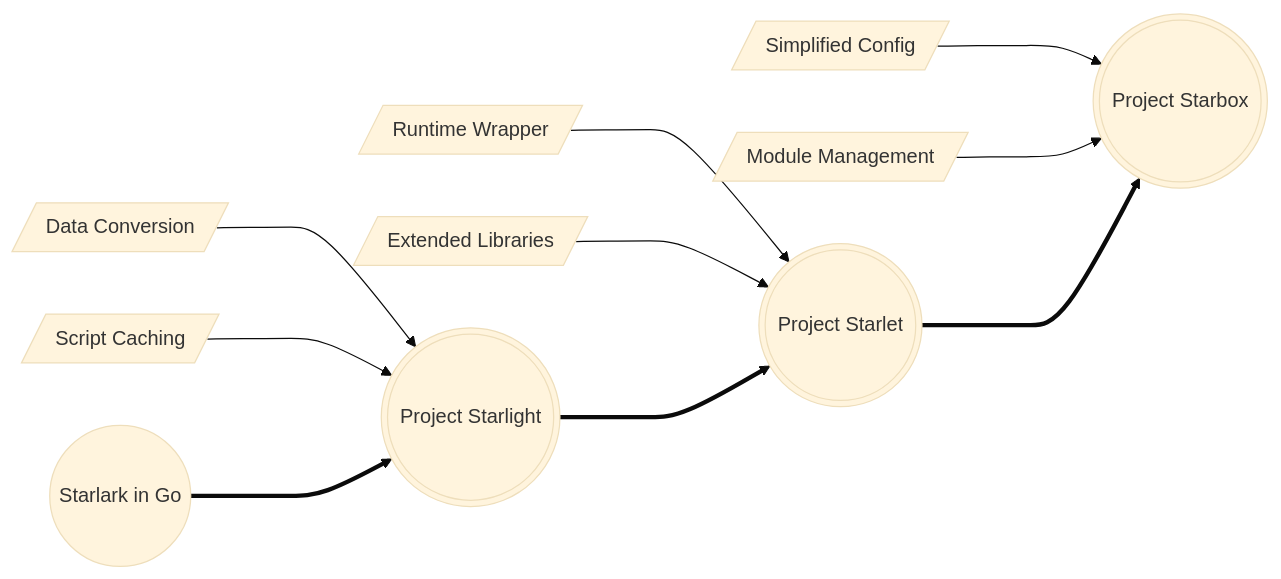
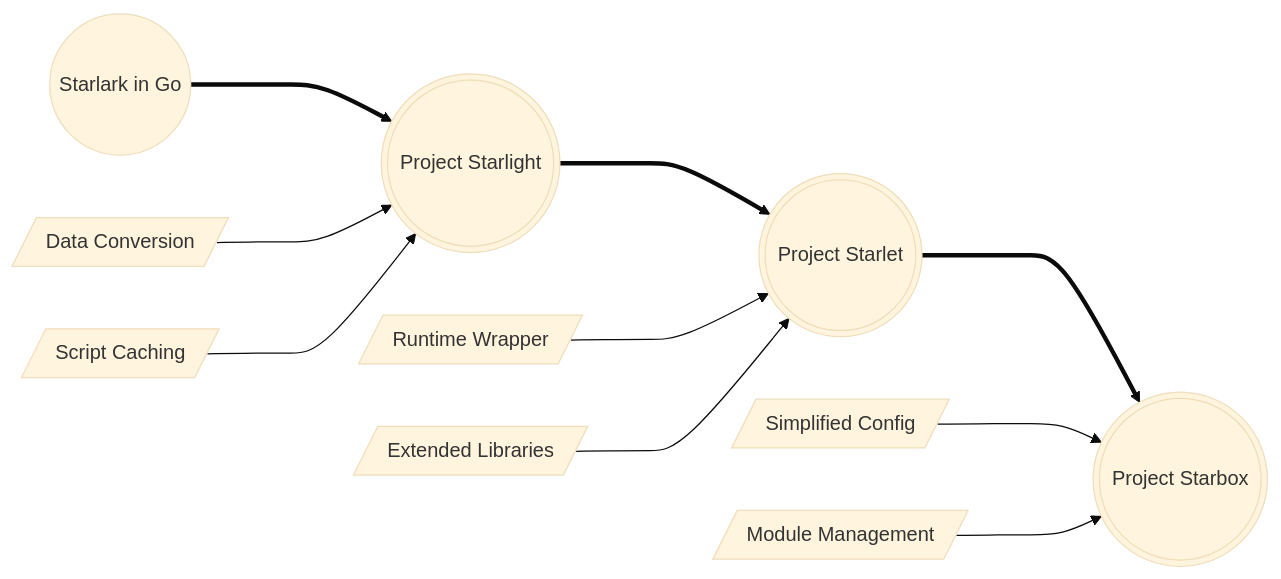
One commit to PureMature/star changed the diagram in Writerside/topics/overview.md. Above: the diagram before and after it, drawn with Mermaid (base theme). The commit also changed other lines of this file, not shown here.

````diff
--- a/Writerside/topics/overview.md
+++ b/Writerside/topics/overview.md
@@ -41,29 +41,29 @@
 ```mermaid
 graph LR
 
 A((Starlark in Go))
 B1[/Data Conversion/]
 B2[/Script Caching/]
 
 B(((Project Starlight)))
 C1[/Runtime Wrapper/]
 C2[/Extended Libraries/]
 
 C(((Project Starlet)))
 D1[/Simplified Config/]
 D2[/Module Management/]
 
 D(((Project Starbox)))
 
+A ===> B
 B1 ---> B
 B2 ---> B
-A ===> B
 
+B ===> C
 C1 ---> C
 C2 ---> C
-B ===> C
 
+C ===> D
 D1 ---> D
 D2 ---> D
-C ===> D
 ```
````
